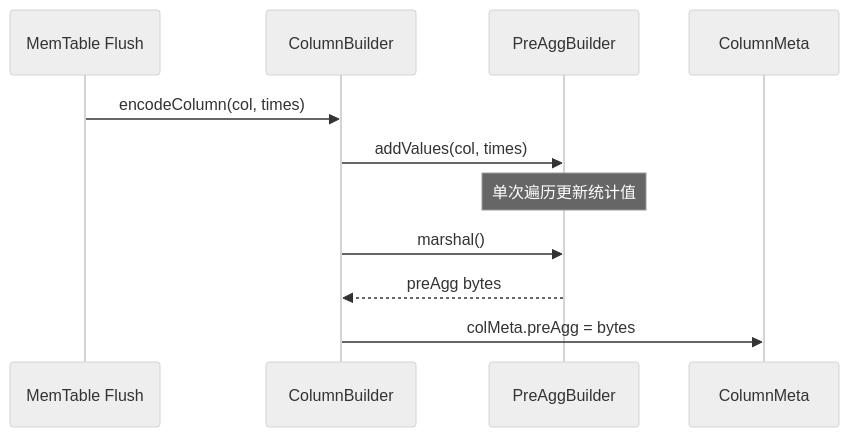
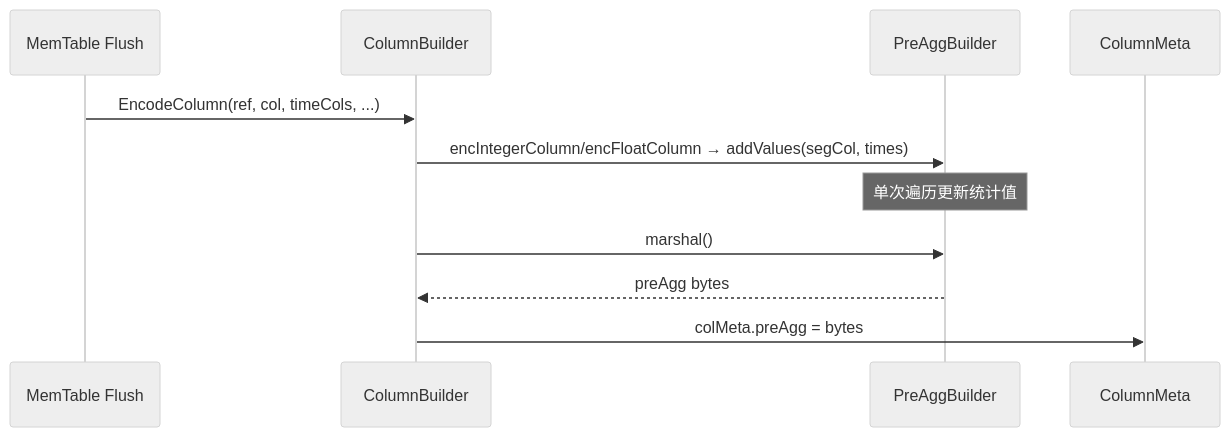
One commit to stefanv5/openGemini changed the second of 3 diagrams in docs/specs/25_pre_aggregation_spec.md. Above: the diagram before and after it, drawn with Mermaid (neutral theme). The commit also changed other lines of this file and 37 other files, not shown here.

````diff
--- a/docs/specs/25_pre_aggregation_spec.md
+++ b/docs/specs/25_pre_aggregation_spec.md
@@ -125,14 +127,14 @@
 ```mermaid
 sequenceDiagram
     participant Flush as MemTable Flush
     participant Builder as ColumnBuilder
     participant PreAgg as PreAggBuilder
     participant Meta as ColumnMeta
 
-    Flush->>Builder: encodeColumn(col, times)
-    Builder->>PreAgg: addValues(col, times)
+    Flush->>Builder: EncodeColumn(ref, col, timeCols, ...)
+    Builder->>PreAgg: encIntegerColumn/encFloatColumn → addValues(segCol, times)
     Note over PreAgg: 单次遍历更新统计值
     Builder->>PreAgg: marshal()
     PreAgg-->>Builder: preAgg bytes
     Builder->>Meta: colMeta.preAgg = bytes
 ```
````
